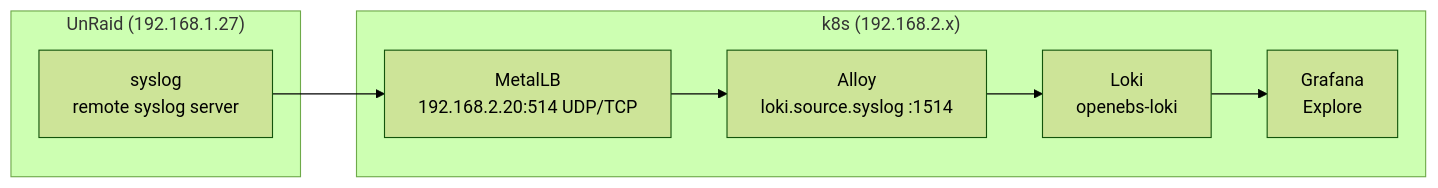
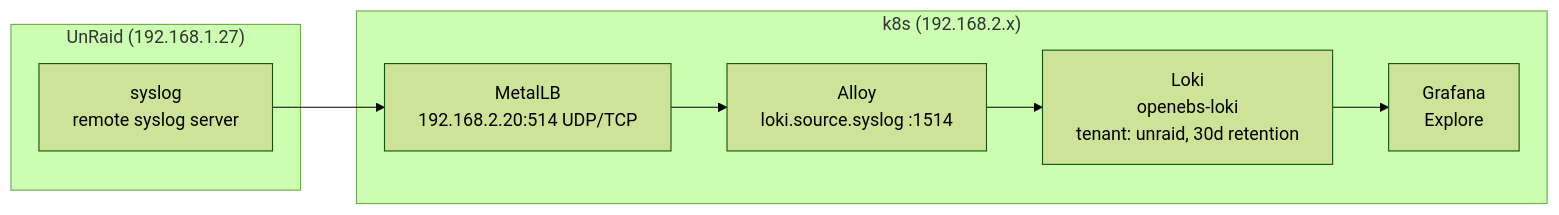
The diagram in README.md (umizoom/homek8s), drawn with Mermaid (forest theme) before and after one commit. The commit also changed other lines of this file and 3 other files, not shown here.

First line of the commit message:
feat(loki): add 30d retention and unraid tenant

````diff
--- a/README.md
+++ b/README.md
@@ -260,13 +260,13 @@
 ```mermaid
 flowchart LR
     subgraph unraid["UnRaid (192.168.1.27)"]
         syslog["syslog<br/>remote syslog server"]
     end
     subgraph k8s["k8s (192.168.2.x)"]
         lb["MetalLB<br/>192.168.2.20:514 UDP/TCP"]
         alloy["Alloy<br/>loki.source.syslog :1514"]
-        loki["Loki<br/>openebs-loki"]
+        loki["Loki<br/>openebs-loki<br/>tenant: unraid, 30d retention"]
         grafana["Grafana<br/>Explore"]
     end
     syslog --> lb --> alloy --> loki --> grafana
 ```
````
